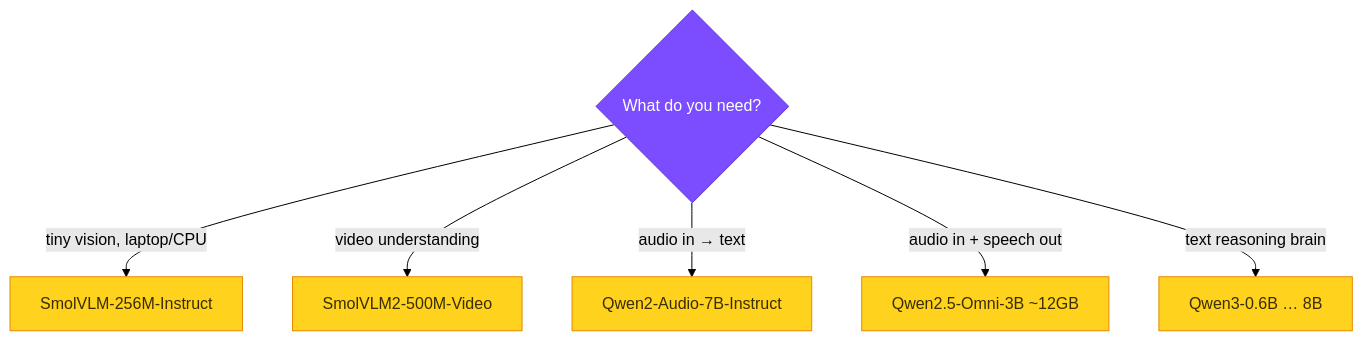
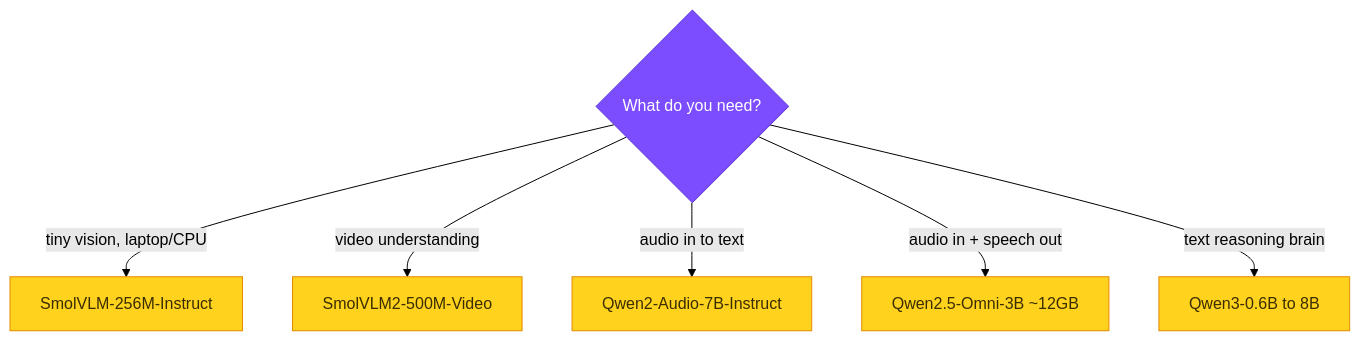
The second of 2 diagrams in docs/guide/agent-brain.md (cagataycali/strands-transformers), drawn with Mermaid (forest theme) before and after one commit. The commit also changed 1 other file, not shown here.

Commit message:
fix(docs): repair broken mermaid on agentic-robot page + harden diagram labels
The agentic-robot page used a mermaid sequenceDiagram with <br/> inside
'participant ... as' aliases, which mermaid does not reliably parse → broken
render on the live site. Converted it to a color-coded flowchart (consistent
with every other page, guaranteed to render): cameras → Cosmos-Reason → MolmoAct
→ robot, with edge labels quoted.

Also hardened the agent-brain model-chooser decision tree: quoted all edge
labels and removed special chars (→, …) that can break mermaid edge parsing
('audio in to text', 'Qwen3-0.6B to 8B').

Verified: mkdocs build --strict clean; all 9 mermaid blocks present.

````diff
--- a/docs/guide/agent-brain.md
+++ b/docs/guide/agent-brain.md
@@ -77,14 +77,14 @@
 ```mermaid
 flowchart TD
     Q{What do you need?} 
-    Q -->|tiny vision, laptop/CPU| M1["SmolVLM-256M-Instruct"]
-    Q -->|video understanding| M2["SmolVLM2-500M-Video"]
-    Q -->|audio in → text| M3["Qwen2-Audio-7B-Instruct"]
-    Q -->|audio in + speech out| M4["Qwen2.5-Omni-3B ~12GB"]
-    Q -->|text reasoning brain| M5["Qwen3-0.6B … 8B"]
+    Q -->|"tiny vision, laptop/CPU"| M1["SmolVLM-256M-Instruct"]
+    Q -->|"video understanding"| M2["SmolVLM2-500M-Video"]
+    Q -->|"audio in to text"| M3["Qwen2-Audio-7B-Instruct"]
+    Q -->|"audio in + speech out"| M4["Qwen2.5-Omni-3B ~12GB"]
+    Q -->|"text reasoning brain"| M5["Qwen3-0.6B to 8B"]
 
     classDef q fill:#7C4DFF,stroke:#5b34d6,color:#fff;
     classDef m fill:#FFD21E,stroke:#E68A00,color:#3a2d00;
     class Q q;
     class M1,M2,M3,M4,M5 m;
 ```
````
